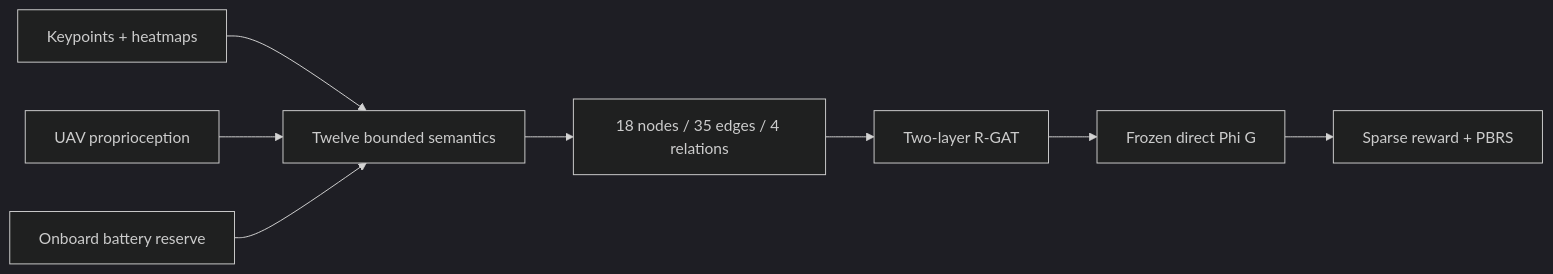
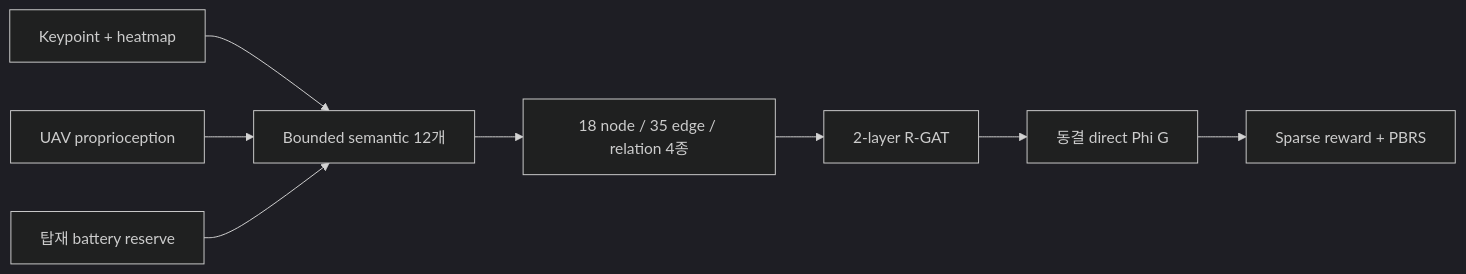
The second of 2 diagrams in Ontology_RGAT_UAV_RL_ISAAC_PX4/README.md (junsuk123/OntoReward-RL), drawn with Mermaid (dark theme) before and after one commit. The commit also changed other lines of this file and 14 other files, not shown here.

````diff
--- a/Ontology_RGAT_UAV_RL_ISAAC_PX4/README.md
+++ b/Ontology_RGAT_UAV_RL_ISAAC_PX4/README.md
@@ -149,10 +142,10 @@
 ```mermaid
 flowchart LR
-  KP[Keypoints + heatmaps] --> SEM[Twelve bounded semantics]
+  KP[Keypoint + heatmap] --> SEM[Bounded semantic 12개]
   UAV[UAV proprioception] --> SEM
-  BAT[Onboard battery reserve] --> SEM
-  SEM --> GRAPH[18 nodes / 35 edges / 4 relations]
-  GRAPH --> RGAT[Two-layer R-GAT]
-  RGAT --> PHI[Frozen direct Phi G]
+  BAT[탑재 battery reserve] --> SEM
+  SEM --> GRAPH[18 node / 35 edge / relation 4종]
+  GRAPH --> RGAT[2-layer R-GAT]
+  RGAT --> PHI[동결 direct Phi G]
   PHI --> PBRS[Sparse reward + PBRS]
 ```
````
